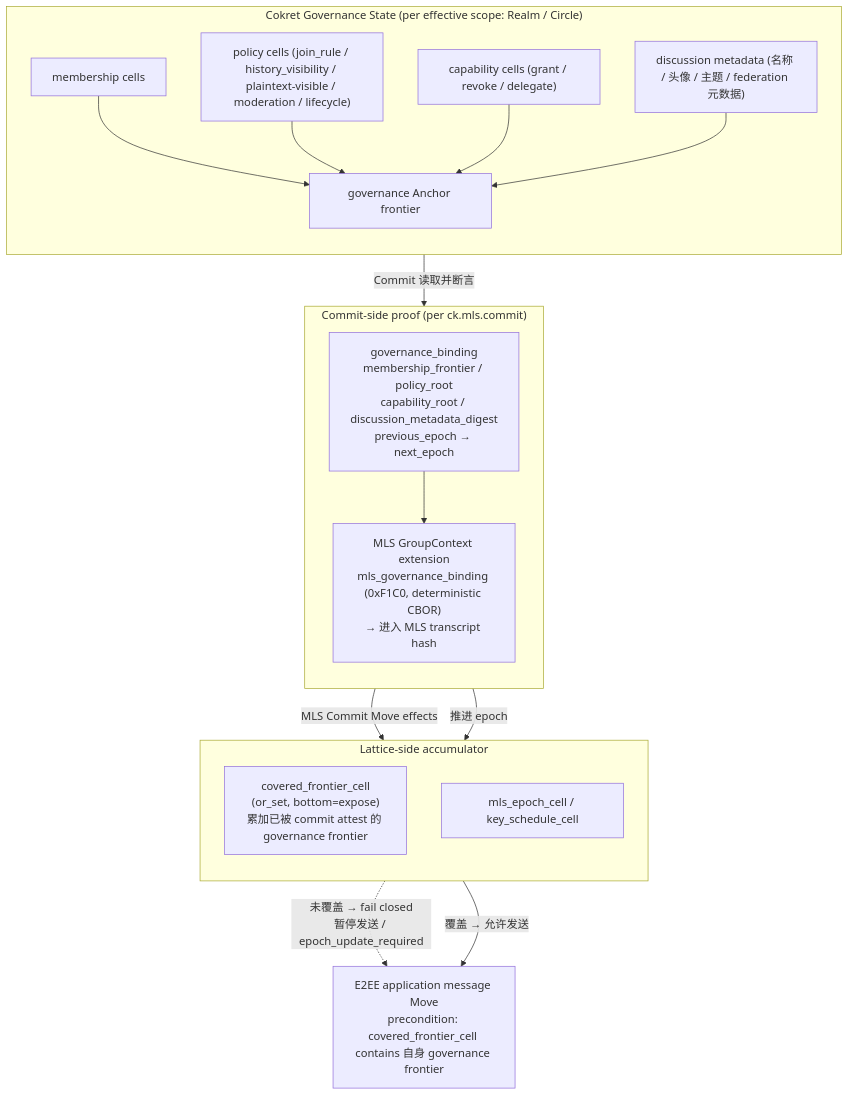
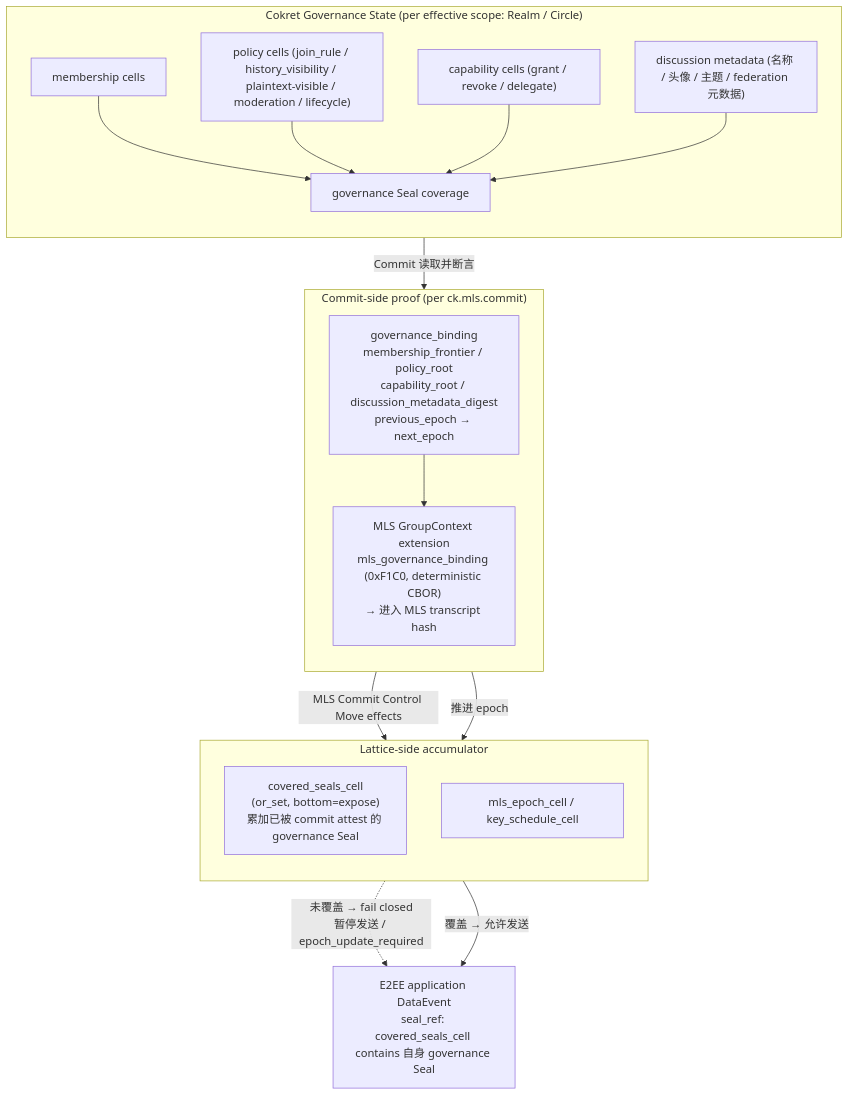
The second of 2 diagrams in spec/v1/zh/crypto-media/encryption-and-audit.md (arkret-org/arkret-spec), drawn with Mermaid before and after one commit. The commit also changed other lines of this file and 113 other files, not shown here.

First line of the commit message:
Refactor service surface documentation and update schema definitions

````diff
--- a/spec/v1/zh/crypto-media/encryption-and-audit.md
+++ b/spec/v1/zh/crypto-media/encryption-and-audit.md
@@ -346,36 +346,36 @@
 ```mermaid
 flowchart TB
     subgraph GS ["Cokret Governance State (per effective scope: Realm / Circle)"]
         direction TB
         Memb["membership cells"]
         Pol["policy cells (join_rule / history_visibility / plaintext-visible / moderation / lifecycle)"]
         Cap["capability cells (grant / revoke / delegate)"]
         Disc["discussion metadata (名称 / 头像 / 主题 / federation 元数据)"]
-        Anc["governance Anchor frontier"]
+        Anc["governance Seal coverage"]
         Memb --> Anc
         Pol --> Anc
         Cap --> Anc
         Disc --> Anc
     end
 
     subgraph CS ["Commit-side proof (per ck.mls.commit)"]
         direction TB
         GB["governance_binding<br/>membership_frontier / policy_root<br/>capability_root / discussion_metadata_digest<br/>previous_epoch → next_epoch"]
         Trans["MLS GroupContext extension<br/>mls_governance_binding (0xF1C0, deterministic CBOR)<br/>→ 进入 MLS transcript hash"]
         GB --> Trans
     end
 
     subgraph LS ["Lattice-side accumulator"]
         direction TB
-        CFC["covered_frontier_cell<br/>(or_set, bottom=expose)<br/>累加已被 commit attest 的 governance frontier"]
+        CFC["covered_seals_cell<br/>(or_set, bottom=expose)<br/>累加已被 commit attest 的 governance Seal"]
         EpC["mls_epoch_cell / key_schedule_cell"]
     end
 
     Anc -- "Commit 读取并断言" --> GB
-    GB -- "MLS Commit Move effects" --> CFC
+    GB -- "MLS Commit Control Move effects" --> CFC
     GB -- "推进 epoch" --> EpC
 
-    Msg["E2EE application message Move<br/>precondition: covered_frontier_cell contains 自身 governance frontier"]
+    Msg["E2EE application DataEvent<br/>seal_ref: covered_seals_cell contains 自身 governance Seal"]
     CFC -. "未覆盖 → fail closed<br/>暂停发送 / epoch_update_required" .-> Msg
     CFC -- "覆盖 → 允许发送" --> Msg
 ```
````
